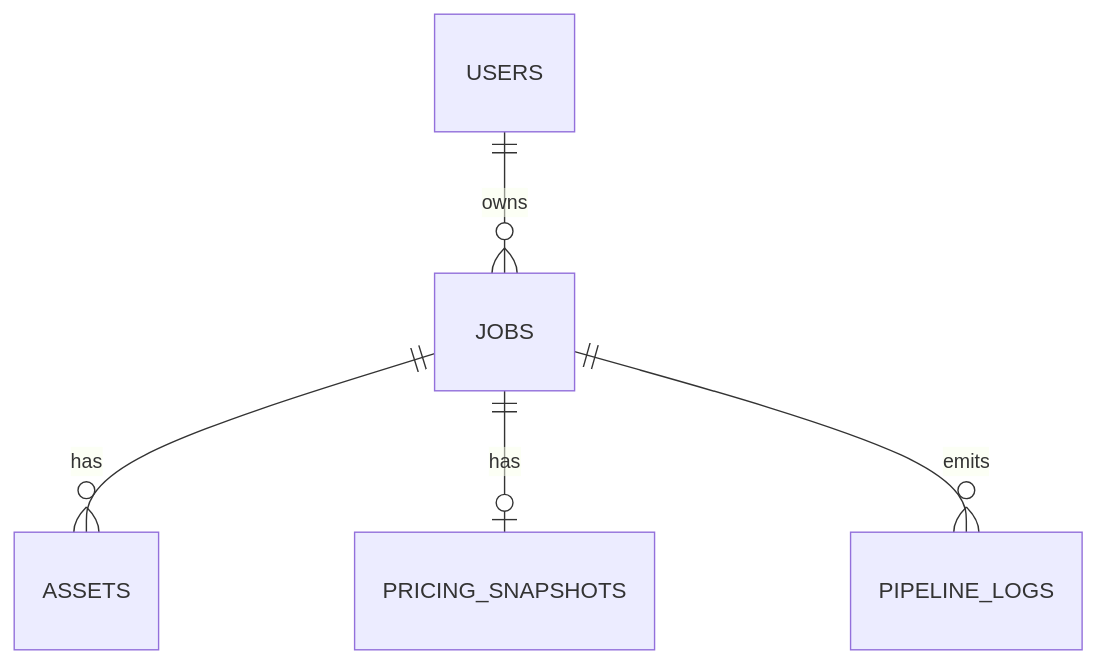
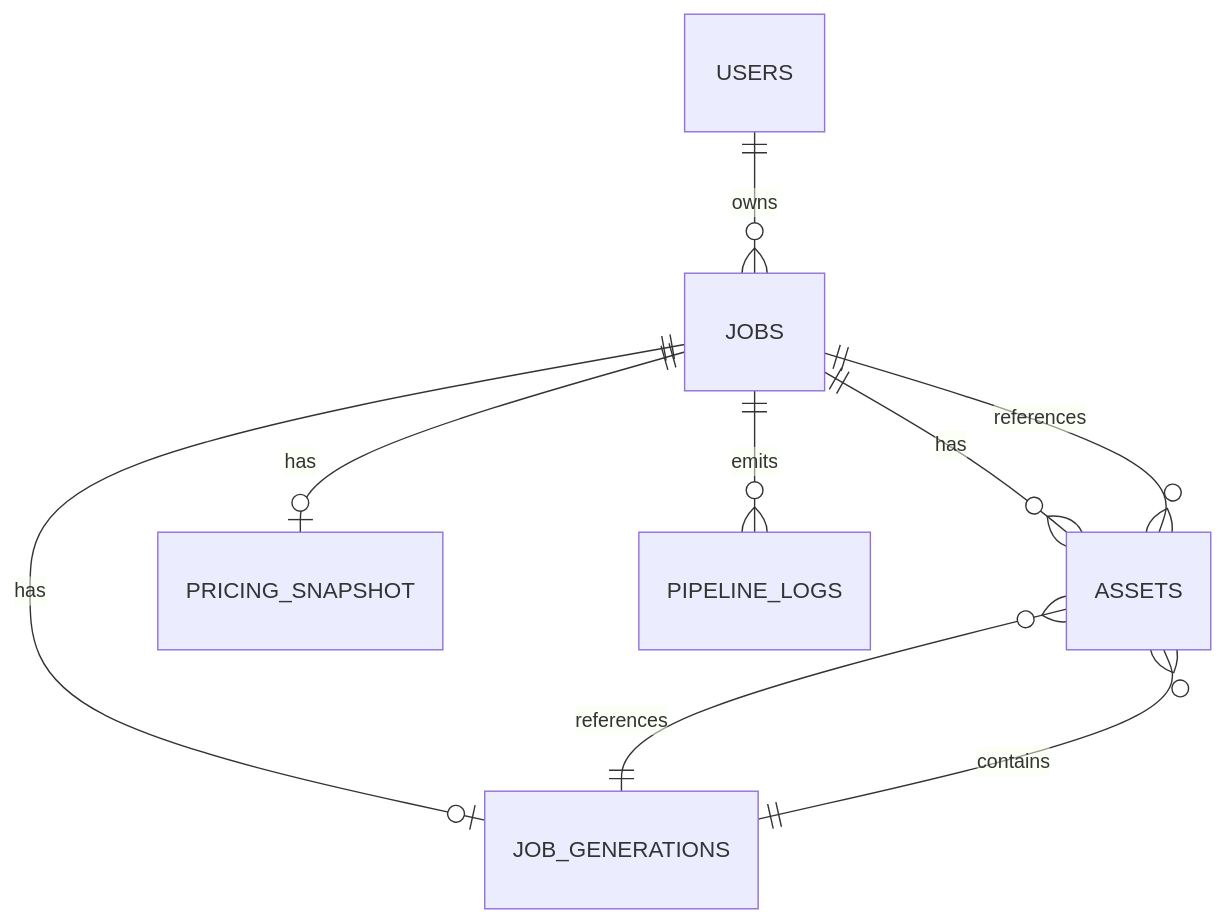
Before and after one commit to RohanConversely/ContentProV2: the diagram in Documentation/database.md, drawn with Mermaid. The commit also changed other lines of this file and 2 other files, not shown here.

````diff
--- a/Documentation/database.md
+++ b/Documentation/database.md
@@ -156,7 +35,11 @@
 ```mermaid
 erDiagram
     USERS ||--o{ JOBS : owns
     JOBS ||--o{ ASSETS : has
-    JOBS ||--o| PRICING_SNAPSHOTS : has
+    JOBS ||--o| JOB_GENERATIONS : has
+    JOBS ||--o| PRICING_SNAPSHOT : has
     JOBS ||--o{ PIPELINE_LOGS : emits
+    JOB_GENERATIONS ||--o{ ASSETS : contains
+    ASSETS }o--|| JOBS : references
+    ASSETS }o--|| JOB_GENERATIONS : references
 ```
````
